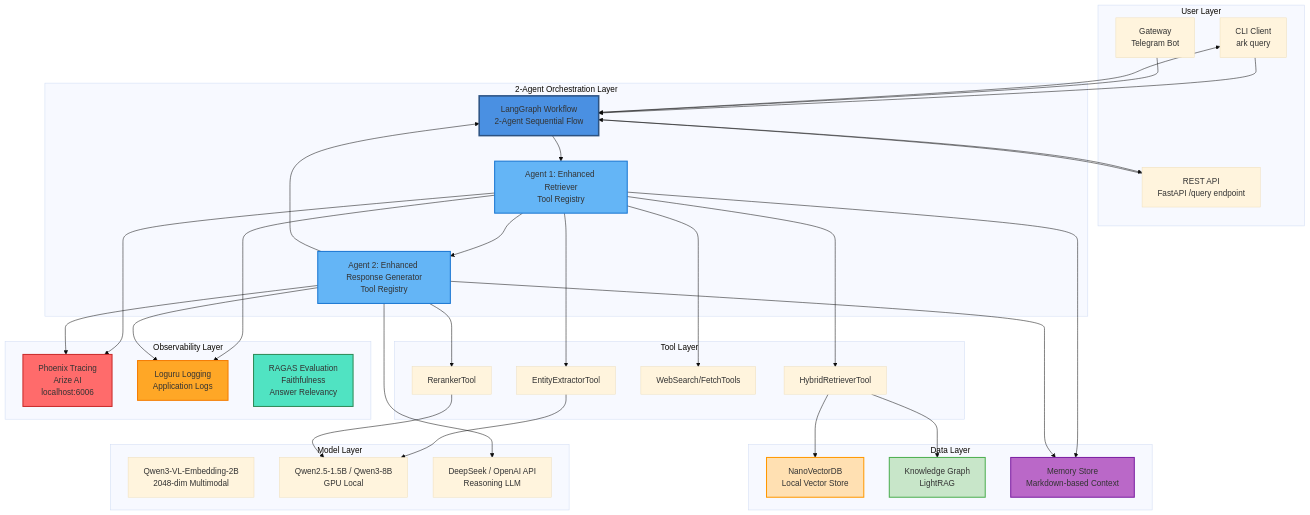
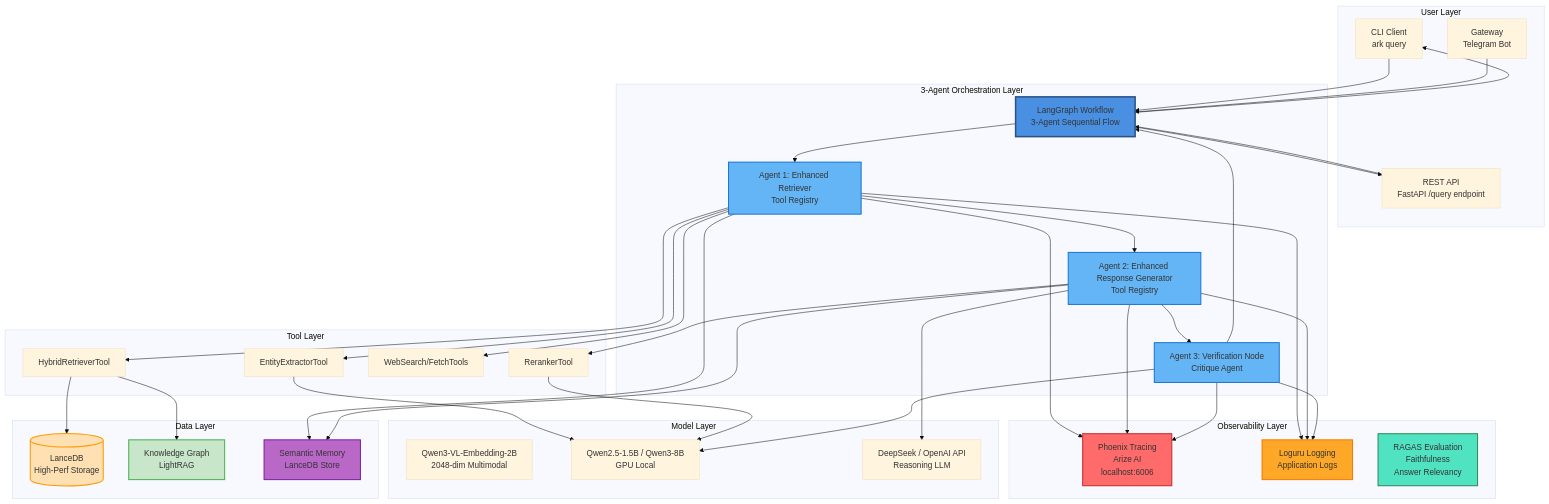
Before and after one commit to CalmScout/agentic-research-kit: the first of 4 diagrams in docs/ARCHITECTURE_DIAGRAMS.md, drawn with Mermaid (base theme). The commit also changed other lines of this file and 29 other files, not shown here.

````diff
--- a/docs/ARCHITECTURE_DIAGRAMS.md
+++ b/docs/ARCHITECTURE_DIAGRAMS.md
@@ -25,10 +25,11 @@
         Gateway[Gateway<br/>Telegram Bot]
     end
 
-    subgraph "2-Agent Orchestration Layer"
-        LangGraph[LangGraph Workflow<br/>2-Agent Sequential Flow]
+    subgraph "3-Agent Orchestration Layer"
+        LangGraph[LangGraph Workflow<br/>3-Agent Sequential Flow]
         A1[Agent 1: Enhanced Retriever<br/>Tool Registry]
         A2[Agent 2: Enhanced Response Generator<br/>Tool Registry]
+        A3[Agent 3: Verification Node<br/>Critique Agent]
     end
 
     subgraph "Tool Layer"
@@ -45,9 +46,9 @@
     end
 
     subgraph "Data Layer"
-        VectorDB[NanoVectorDB<br/>Local Vector Store]
+        LanceDB[(LanceDB<br/>High-Perf Storage)]
         KG[Knowledge Graph<br/>LightRAG]
-        Memory[Memory Store<br/>Markdown-based Context]
+        Memory[Semantic Memory<br/>LanceDB Store]
     end
 
     subgraph "Observability Layer"
@@ -64,7 +65,8 @@
     %% Orchestration Flow
     LangGraph --> A1
     A1 --> A2
-    A2 --> LangGraph
+    A2 --> A3
+    A3 --> LangGraph
     LangGraph --> CLI
     LangGraph --> API
 
@@ -78,9 +80,10 @@
     T1 --> LLM_Local
     T4 --> LLM_Local
     A2 --> LLM_API
+    A3 --> LLM_Local
 
     %% Tools to Data
-    T2 --> VectorDB
+    T2 --> LanceDB
     T2 --> KG
 
     %% Memory Integration
@@ -90,17 +93,20 @@
     %% Observability
     A1 --> Phoenix
     A2 --> Phoenix
+    A3 --> Phoenix
     A1 --> Loguru
     A2 --> Loguru
+    A3 --> Loguru
 
     %% Styling
     style LangGraph fill:#4A90E2,stroke:#2C5282,stroke-width:3px
     style Phoenix fill:#FF6B6B,stroke:#C92A2A,stroke-width:2px
     style Loguru fill:#FFA726,stroke:#F57C00,stroke-width:2px
     style RAGAS fill:#50E3C2,stroke:#2E8B57,stroke-width:2px
-    style VectorDB fill:#FFE0B2,stroke:#FF9800,stroke-width:2px
+    style LanceDB fill:#FFE0B2,stroke:#FF9800,stroke-width:2px
     style KG fill:#C8E6C9,stroke:#4CAF50,stroke-width:2px
     style Memory fill:#BA68C8,stroke:#7B1FA2,stroke-width:2px
     style A1 fill:#64B5F6,stroke:#1976D2,stroke-width:2px
     style A2 fill:#64B5F6,stroke:#1976D2,stroke-width:2px
+    style A3 fill:#64B5F6,stroke:#1976D2,stroke-width:2px
 ```
````
